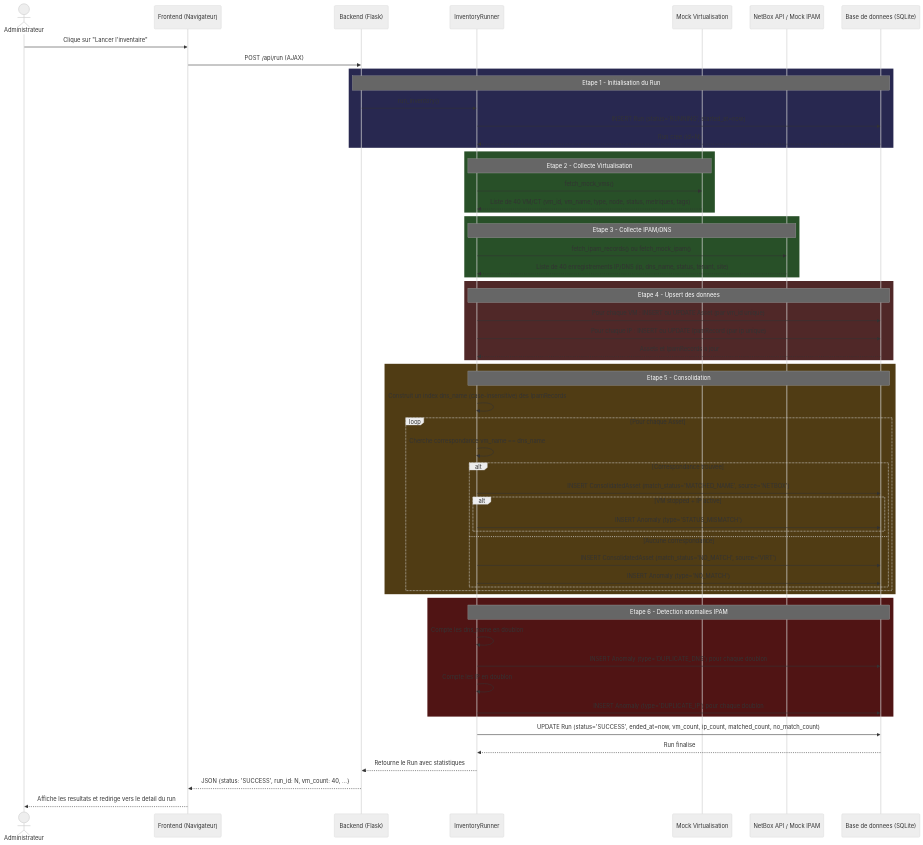
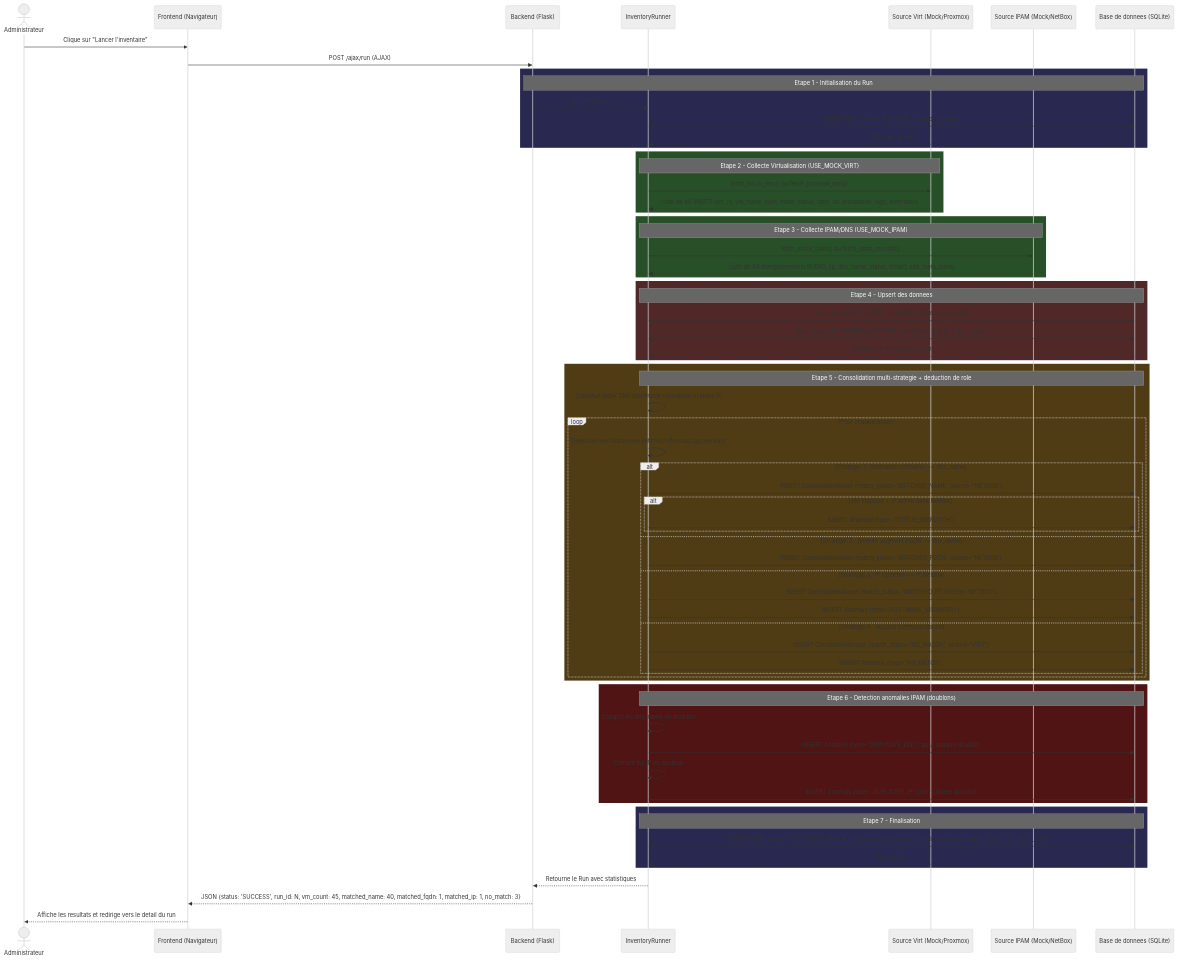
Before and after one commit to Fr0gzilla/CloudInventory.v2: the fourth of 9 diagrams in Diagrammes_CloudInventory.md, drawn with Mermaid (neutral theme). The commit also changed other lines of this file and 21 other files, not shown here.

````diff
--- a/Diagrammes_CloudInventory.md
+++ b/Diagrammes_CloudInventory.md
@@ -346,71 +364,79 @@
 ```mermaid
 sequenceDiagram
     actor Admin as Administrateur
     participant F as Frontend (Navigateur)
     participant B as Backend (Flask)
     participant R as InventoryRunner
-    participant MV as Mock Virtualisation
-    participant NB as NetBox API / Mock IPAM
+    participant SRC as Source Virt (Mock/Proxmox)
+    participant IPAM as Source IPAM (Mock/NetBox)
     participant DB as Base de donnees (SQLite)
 
     Admin->>F: Clique sur "Lancer l'inventaire"
-    F->>B: POST /api/run (AJAX)
+    F->>B: POST /ajax/run (AJAX)
 
     rect rgb(40, 40, 80)
         Note over B, DB: Etape 1 - Initialisation du Run
         B->>R: run_inventory()
         R->>DB: INSERT Run (status='RUNNING', started_at=now)
         DB-->>R: Run cree (id=N)
     end
 
     rect rgb(40, 80, 40)
-        Note over R, MV: Etape 2 - Collecte Virtualisation
-        R->>MV: fetch_mock_vms()
-        MV-->>R: Liste de 40 VM/CT (vm_id, vm_name, type, node, status, metriques, tags)
+        Note over R, SRC: Etape 2 - Collecte Virtualisation (USE_MOCK_VIRT)
+        R->>SRC: fetch_mock_vms() ou fetch_proxmox_vms()
+        SRC-->>R: Liste de 45 VM/CT (vm_id, vm_name, type, node, status, fqdn, os, annotation, tags, metriques)
     end
 
     rect rgb(40, 80, 40)
-        Note over R, NB: Etape 3 - Collecte IPAM/DNS
-        R->>NB: fetch_ipam_records() ou fetch_mock_ipam()
-        NB-->>R: Liste de 40 enregistrements IP/DNS (ip, dns_name, status, tenant, site)
+        Note over R, IPAM: Etape 3 - Collecte IPAM/DNS (USE_MOCK_IPAM)
+        R->>IPAM: fetch_mock_ipam() ou fetch_ipam_records()
+        IPAM-->>R: Liste de 44 enregistrements IP/DNS (ip, dns_name, status, tenant, site, meta_zone)
     end
 
     rect rgb(80, 40, 40)
         Note over R, DB: Etape 4 - Upsert des donnees
-        R->>DB: Pour chaque VM : INSERT ou UPDATE Asset (par vm_id unique)
-        R->>DB: Pour chaque IP : INSERT ou UPDATE IpamRecord (par ip unique)
+        R->>DB: Pour chaque VM : INSERT ou UPDATE Asset (par vm_id)
+        R->>DB: Pour chaque IP : INSERT ou UPDATE IpamRecord (par ip + dns_name)
         DB-->>R: Assets et IpamRecords a jour
     end
 
     rect rgb(80, 60, 20)
-        Note over R, DB: Etape 5 - Consolidation
-        R->>R: Construit un index dns_name (case-insensitive) des IpamRecords
+        Note over R, DB: Etape 5 - Consolidation multi-strategie + deduction de role
+        R->>R: Construit index DNS (hostname normalise) et index IP
         loop Pour chaque Asset
-            R->>R: Cherche correspondance vm_name == dns_name
-            alt Correspondance trouvee
+            R->>R: Deduit le role fonctionnel (lettre+chiffres ou tag role:xxx)
+            alt Strategie 1 : hostname normalise == dns_name
                 R->>DB: INSERT ConsolidatedAsset (match_status='MATCHED_NAME', source='NETBOX')
-                alt VM stopped + IP active
+                alt VM stopped + IP active dans NetBox
                     R->>DB: INSERT Anomaly (type='STATUS_MISMATCH')
                 end
-            else Aucune correspondance
+            else Strategie 2 : premier segment FQDN == dns_name
+                R->>DB: INSERT ConsolidatedAsset (match_status='MATCHED_FQDN', source='NETBOX')
+            else Strategie 3 : IP reportee == IP NetBox
+                R->>DB: INSERT ConsolidatedAsset (match_status='MATCHED_IP', source='NETBOX')
+                R->>DB: INSERT Anomaly (type='HOSTNAME_MISMATCH')
+            else Strategie 4 : aucune correspondance
                 R->>DB: INSERT ConsolidatedAsset (match_status='NO_MATCH', source='VIRT')
                 R->>DB: INSERT Anomaly (type='NO_MATCH')
             end
         end
     end
 
     rect rgb(80, 20, 20)
-        Note over R, DB: Etape 6 - Detection anomalies IPAM
+        Note over R, DB: Etape 6 - Detection anomalies IPAM (doublons)
         R->>R: Compte les dns_name en doublon
         R->>DB: INSERT Anomaly (type='DUPLICATE_DNS') pour chaque doublon
         R->>R: Compte les IP en doublon
         R->>DB: INSERT Anomaly (type='DUPLICATE_IP') pour chaque doublon
     end
 
-    R->>DB: UPDATE Run (status='SUCCESS', ended_at=now, vm_count, ip_count, matched_count, no_match_count)
-    DB-->>R: Run finalise
+    rect rgb(40, 40, 80)
+        Note over R, DB: Etape 7 - Finalisation
+        R->>DB: UPDATE Run (status='SUCCESS', ended_at=now, vm_count, ip_count, matched_name/fqdn/ip_count, no_match_count)
+        DB-->>R: Run finalise
+    end
 
     R-->>B: Retourne le Run avec statistiques
-    B-->>F: JSON {status: 'SUCCESS', run_id: N, vm_count: 40, ...}
+    B-->>F: JSON {status: 'SUCCESS', run_id: N, vm_count: 45, matched_name: 40, matched_fqdn: 1, matched_ip: 1, no_match: 3}
     F-->>Admin: Affiche les resultats et redirige vers le detail du run
 ```
````
